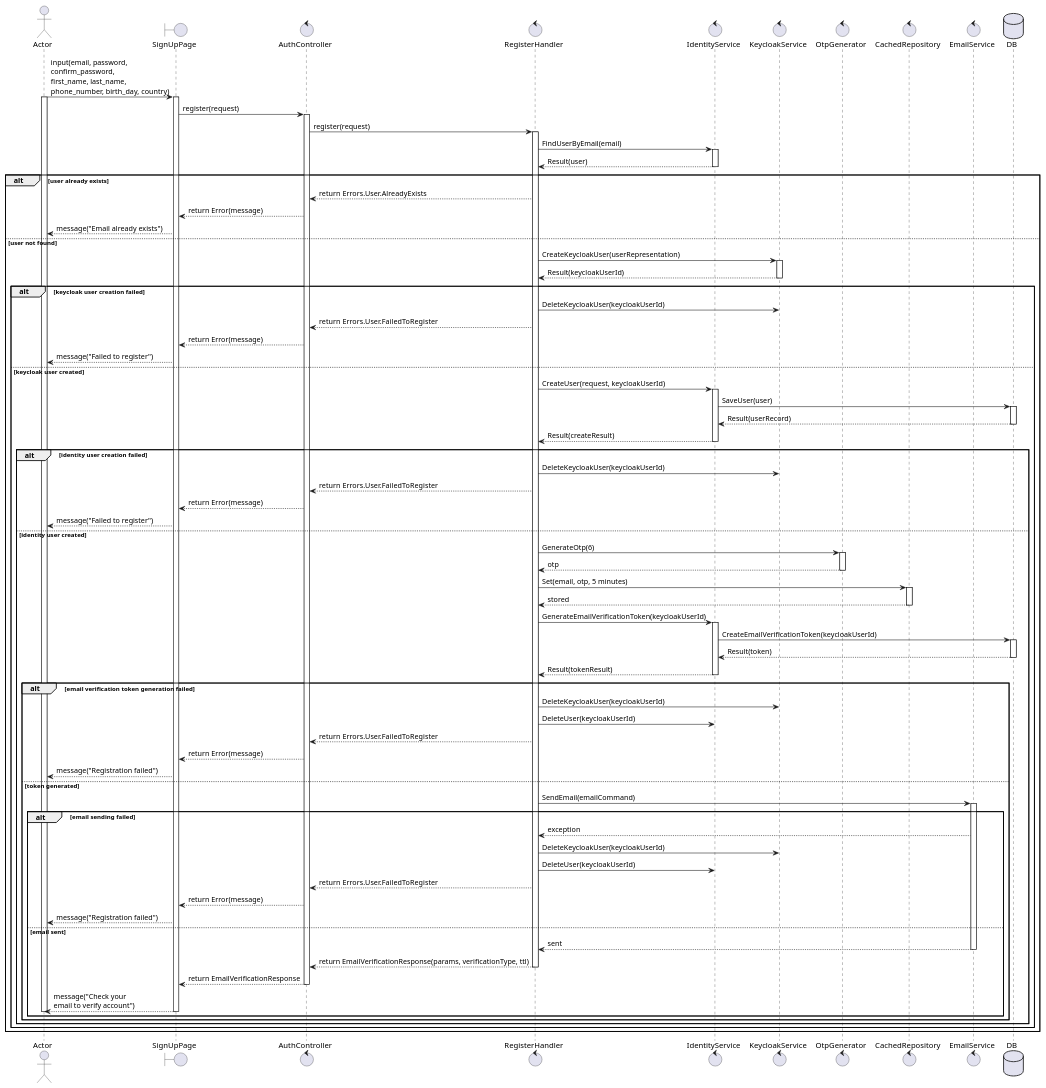
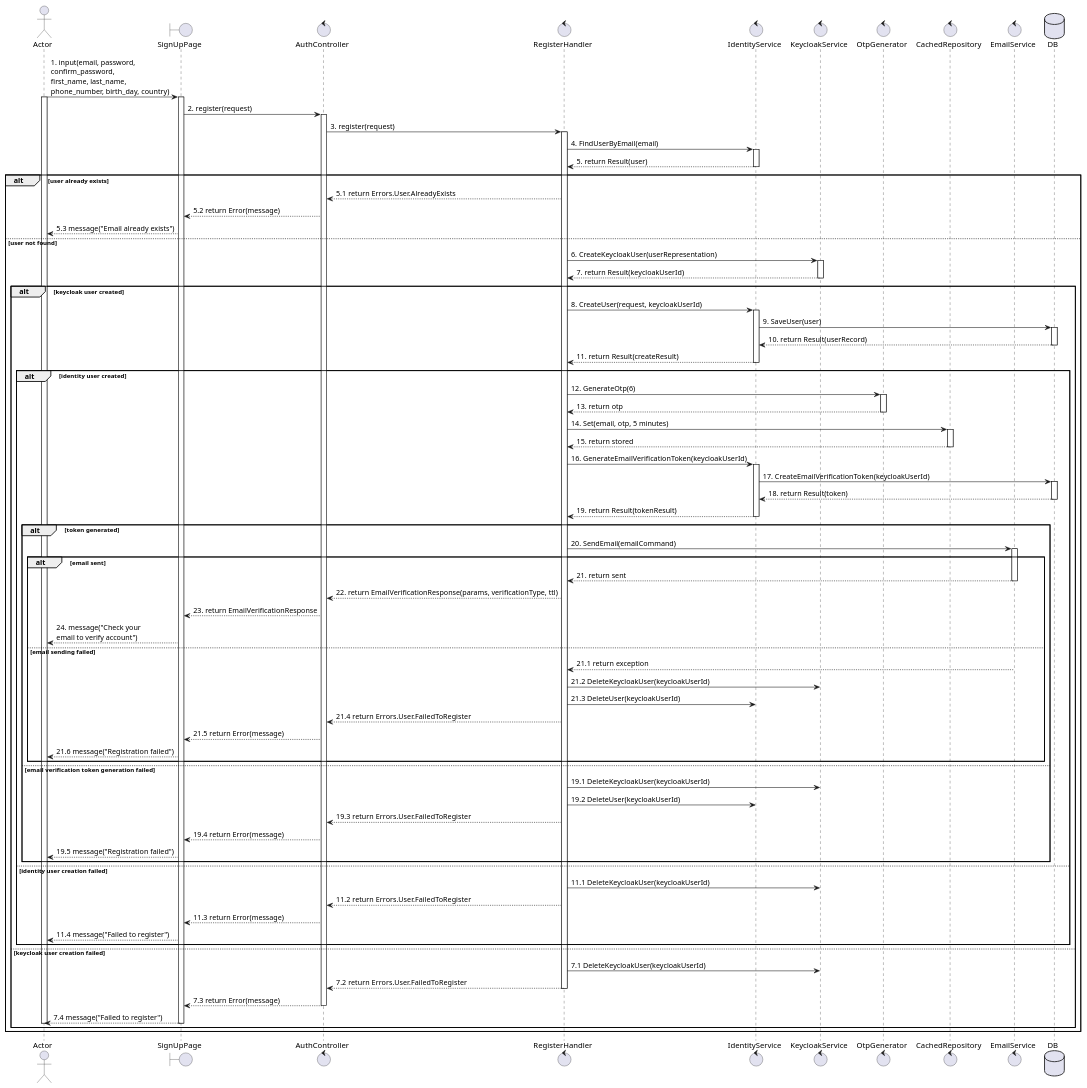
Before and after one commit to Young-Z-Generation-YZG/your-comfort-my-apple: the diagram in docs/usecases/UC1_register.plantuml, drawn with PlantUML. The commit also changed 7 other files, not shown here.

Commit message:
docs: refactor some old usecases and usecase diagram

```diff
--- a/docs/usecases/UC1_register.plantuml
+++ b/docs/usecases/UC1_register.plantuml
@@ -1,101 +1,101 @@
 @startuml UC1_Register
 actor Actor
 boundary SignUpPage
 control AuthController
 control RegisterHandler
 control IdentityService
 control KeycloakService
 control OtpGenerator
 control CachedRepository
 control EmailService
 database DB
 
-Actor -> SignUpPage: input(email, password, \nconfirm_password, \nfirst_name, last_name, \nphone_number, birth_day, country)
+Actor -> SignUpPage: 1. input(email, password, \nconfirm_password, \nfirst_name, last_name, \nphone_number, birth_day, country)
 activate Actor
 activate SignUpPage
-SignUpPage -> AuthController: register(request)
+SignUpPage -> AuthController: 2. register(request)
 activate AuthController
-AuthController -> RegisterHandler: register(request)
+AuthController -> RegisterHandler: 3. register(request)
 activate RegisterHandler
-RegisterHandler -> IdentityService: FindUserByEmail(email)
+RegisterHandler -> IdentityService: 4. FindUserByEmail(email)
 activate IdentityService
-IdentityService --> RegisterHandler: Result(user)
+IdentityService --> RegisterHandler: 5. return Result(user)
 deactivate IdentityService
 alt user already exists
-    RegisterHandler --> AuthController: return Errors.User.AlreadyExists
-    AuthController --> SignUpPage: return Error(message)
-    SignUpPage --> Actor: message("Email already exists")
+    RegisterHandler --> AuthController: 5.1 return Errors.User.AlreadyExists
+    AuthController --> SignUpPage: 5.2 return Error(message)
+    SignUpPage --> Actor: 5.3 message("Email already exists")
 else user not found
-    RegisterHandler -> KeycloakService: CreateKeycloakUser(userRepresentation)
+    RegisterHandler -> KeycloakService: 6. CreateKeycloakUser(userRepresentation)
     activate KeycloakService
-    KeycloakService --> RegisterHandler: Result(keycloakUserId)
+    KeycloakService --> RegisterHandler: 7. return Result(keycloakUserId)
     deactivate KeycloakService
-    alt keycloak user creation failed
-        RegisterHandler -> KeycloakService: DeleteKeycloakUser(keycloakUserId)
-        RegisterHandler --> AuthController: return Errors.User.FailedToRegister
-        AuthController --> SignUpPage: return Error(message)
-        SignUpPage --> Actor: message("Failed to register")
-    else keycloak user created
-        RegisterHandler -> IdentityService: CreateUser(request, keycloakUserId)
+    alt keycloak user created
+        RegisterHandler -> IdentityService: 8. CreateUser(request, keycloakUserId)
         activate IdentityService
-        IdentityService -> DB: SaveUser(user)
+        IdentityService -> DB: 9. SaveUser(user)
         activate DB
-        DB --> IdentityService: Result(userRecord)
+        DB --> IdentityService: 10. return Result(userRecord)
         deactivate DB
-        IdentityService --> RegisterHandler: Result(createResult)
+        IdentityService --> RegisterHandler: 11. return Result(createResult)
         deactivate IdentityService
-        alt identity user creation failed
-            RegisterHandler -> KeycloakService: DeleteKeycloakUser(keycloakUserId)
-            RegisterHandler --> AuthController: return Errors.User.FailedToRegister
-            AuthController --> SignUpPage: return Error(message)
-            SignUpPage --> Actor: message("Failed to register")
-        else identity user created
-            RegisterHandler -> OtpGenerator: GenerateOtp(6)
+        alt identity user created
+            RegisterHandler -> OtpGenerator: 12. GenerateOtp(6)
             activate OtpGenerator
-            OtpGenerator --> RegisterHandler: otp
+            OtpGenerator --> RegisterHandler: 13. return otp
             deactivate OtpGenerator
-            RegisterHandler -> CachedRepository: Set(email, otp, 5 minutes)
+            RegisterHandler -> CachedRepository: 14. Set(email, otp, 5 minutes)
             activate CachedRepository
-            CachedRepository --> RegisterHandler: stored
+            CachedRepository --> RegisterHandler: 15. return stored
             deactivate CachedRepository
-            RegisterHandler -> IdentityService: GenerateEmailVerificationToken(keycloakUserId)
+            RegisterHandler -> IdentityService: 16. GenerateEmailVerificationToken(keycloakUserId)
             activate IdentityService
-            IdentityService -> DB: CreateEmailVerificationToken(keycloakUserId)
+            IdentityService -> DB: 17. CreateEmailVerificationToken(keycloakUserId)
             activate DB
-            DB --> IdentityService: Result(token)
+            DB --> IdentityService: 18. return Result(token)
             deactivate DB
-            IdentityService --> RegisterHandler: Result(tokenResult)
+            IdentityService --> RegisterHandler: 19. return Result(tokenResult)
             deactivate IdentityService
-            alt email verification token generation failed
-                RegisterHandler -> KeycloakService: DeleteKeycloakUser(keycloakUserId)
-                RegisterHandler -> IdentityService: DeleteUser(keycloakUserId)
-                RegisterHandler --> AuthController: return Errors.User.FailedToRegister
-                AuthController --> SignUpPage: return Error(message)
-                SignUpPage --> Actor: message("Registration failed")
-            else token generated
-                RegisterHandler -> EmailService: SendEmail(emailCommand)
+            alt token generated
+                RegisterHandler -> EmailService: 20. SendEmail(emailCommand)
                 activate EmailService
-                alt email sending failed
-                    EmailService --> RegisterHandler: exception
-                    RegisterHandler -> KeycloakService: DeleteKeycloakUser(keycloakUserId)
-                    RegisterHandler -> IdentityService: DeleteUser(keycloakUserId)
-                    RegisterHandler --> AuthController: return Errors.User.FailedToRegister
-                    AuthController --> SignUpPage: return Error(message)
-                    SignUpPage --> Actor: message("Registration failed")
-                else email sent
-                    EmailService --> RegisterHandler: sent
+                alt email sent
+                    EmailService --> RegisterHandler: 21. return sent
                     deactivate EmailService
-                    RegisterHandler --> AuthController: return EmailVerificationResponse(params, verificationType, ttl)
-                    deactivate RegisterHandler
-                    AuthController --> SignUpPage: return EmailVerificationResponse
-                    deactivate AuthController
-                    SignUpPage --> Actor: message("Check your \nemail to verify account")
-                    deactivate SignUpPage
-                    deactivate Actor
+                    RegisterHandler --> AuthController: 22. return EmailVerificationResponse(params, verificationType, ttl)
+                    AuthController --> SignUpPage: 23. return EmailVerificationResponse
+                    SignUpPage --> Actor: 24. message("Check your \nemail to verify account")
+                else email sending failed
+                    EmailService --> RegisterHandler: 21.1 return exception
+                    RegisterHandler -> KeycloakService: 21.2 DeleteKeycloakUser(keycloakUserId)
+                    RegisterHandler -> IdentityService: 21.3 DeleteUser(keycloakUserId)
+                    RegisterHandler --> AuthController: 21.4 return Errors.User.FailedToRegister
+                    AuthController --> SignUpPage: 21.5 return Error(message)
+                    SignUpPage --> Actor: 21.6 message("Registration failed")
                 end
+            else email verification token generation failed
+                RegisterHandler -> KeycloakService: 19.1 DeleteKeycloakUser(keycloakUserId)
+                RegisterHandler -> IdentityService: 19.2 DeleteUser(keycloakUserId)
+                RegisterHandler --> AuthController: 19.3 return Errors.User.FailedToRegister
+                AuthController --> SignUpPage: 19.4 return Error(message)
+                SignUpPage --> Actor: 19.5 message("Registration failed")
             end
+        else identity user creation failed
+            RegisterHandler -> KeycloakService: 11.1 DeleteKeycloakUser(keycloakUserId)
+            RegisterHandler --> AuthController: 11.2 return Errors.User.FailedToRegister
+            AuthController --> SignUpPage: 11.3 return Error(message)
+            SignUpPage --> Actor: 11.4 message("Failed to register")
         end
+    else keycloak user creation failed
+        RegisterHandler -> KeycloakService: 7.1 DeleteKeycloakUser(keycloakUserId)
+        RegisterHandler --> AuthController: 7.2 return Errors.User.FailedToRegister
+        deactivate RegisterHandler
+        AuthController --> SignUpPage: 7.3 return Error(message)
+        deactivate AuthController
+        SignUpPage --> Actor: 7.4 message("Failed to register")
+        deactivate SignUpPage
+        deactivate Actor
     end
 end
 
 @enduml
```
